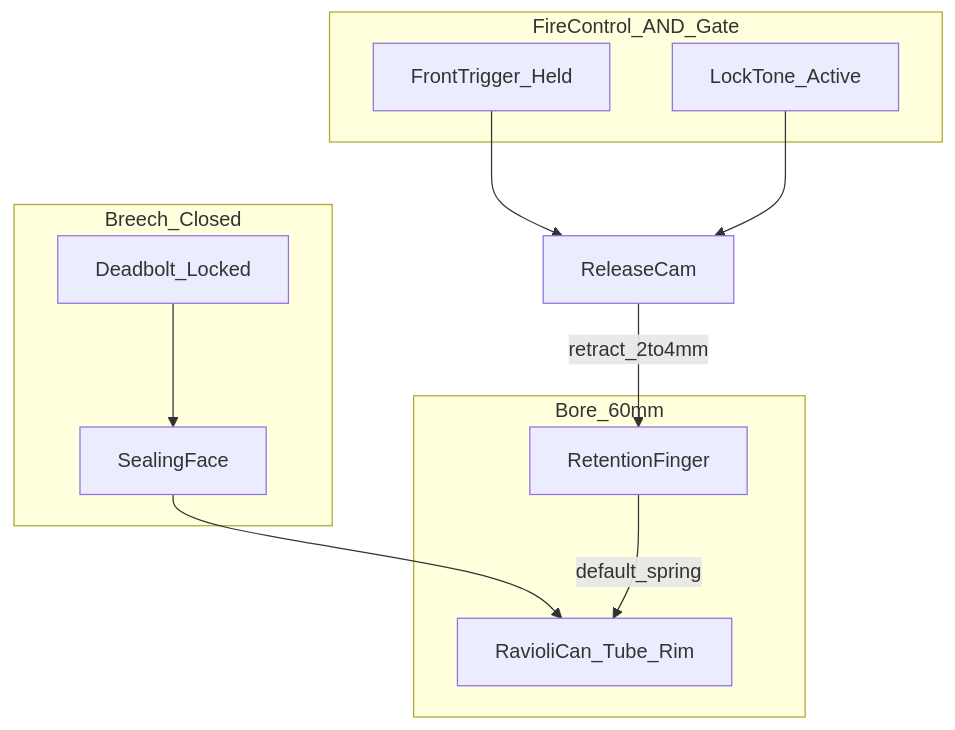
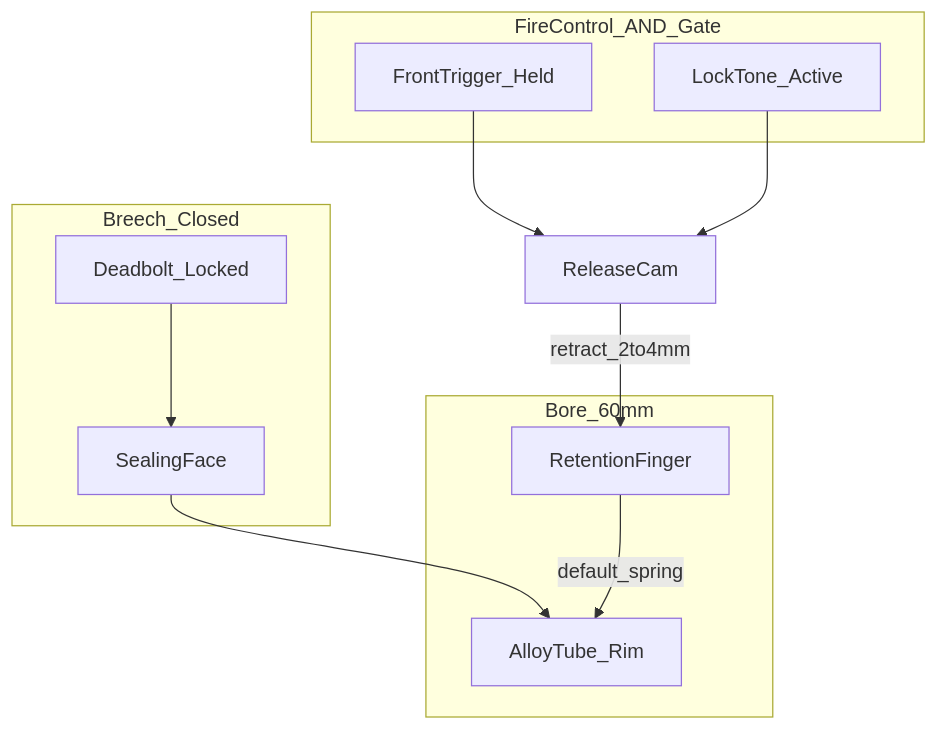
One commit to FratresMedAI/TKI-30-66 changed the second of 5 diagrams in annexes/F-employment-and-breech.md. Above: the diagram before and after it, drawn with Mermaid. The commit also changed other lines of this file and 14 other files, not shown here.

````diff
--- a/annexes/F-employment-and-breech.md
+++ b/annexes/F-employment-and-breech.md
@@ -266,21 +268,21 @@
 ```mermaid
 flowchart TB
   subgraph bore [Bore_60mm]
-    Tube[RavioliCan_Tube_Rim]
+    Tube[AlloyTube_Rim]
     Finger[RetentionFinger]
   end
   subgraph breech [Breech_Closed]
     Seal[SealingFace]
     Bolt[Deadbolt_Locked]
   end
   subgraph interlock [FireControl_AND_Gate]
     Front[FrontTrigger_Held]
     Tone[LockTone_Active]
   end
   Seal --> Tube
   Finger -->|default_spring| Tube
   Bolt --> Seal
   Front --> ReleaseCam
   Tone --> ReleaseCam
   ReleaseCam -->|retract_2to4mm| Finger
 ```
````
